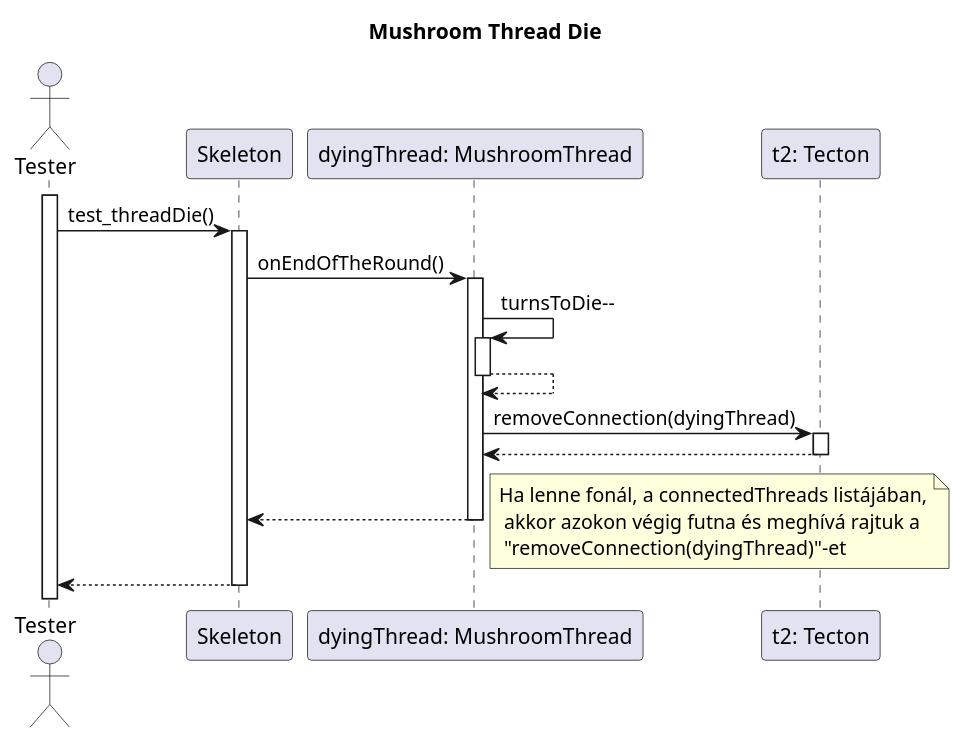
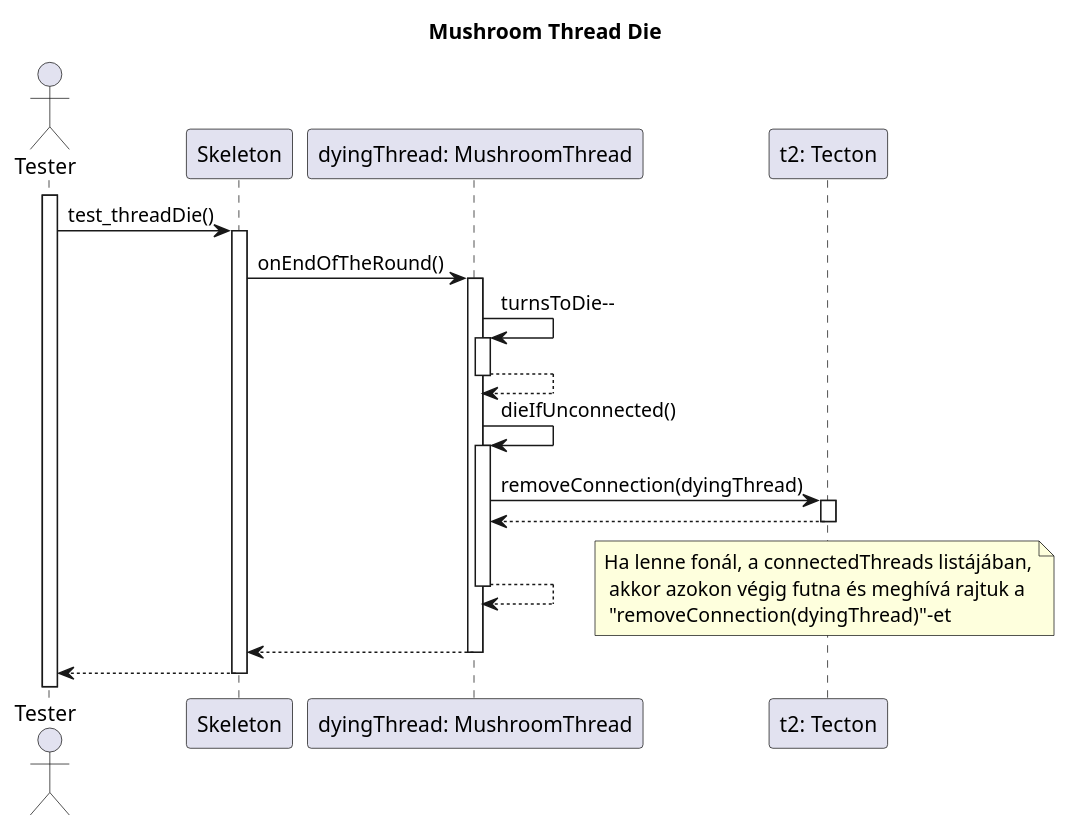
The diagram in diagrams/test-sequence/mushroom/mushroomThreadDie.wsd (dzsem/projlab), drawn with PlantUML before and after one commit.

Commit message:
Fixed mushroomThreadDie#2

```diff
--- a/diagrams/test-sequence/mushroom/mushroomThreadDie.wsd
+++ b/diagrams/test-sequence/mushroom/mushroomThreadDie.wsd
@@ -1,39 +1,43 @@
 @startuml Mushroom Thread Die
 
 title Mushroom Thread Die
 
 actor "Tester" as tester
 participant "Skeleton" as skeleton
 
 participant "dyingThread: MushroomThread" as dymt
 participant "t2: Tecton" as t2
 
 activate tester 
 
 tester -> skeleton: test_threadDie()
 activate skeleton
 
 skeleton -> dymt: onEndOfTheRound()
 activate dymt
 
 dymt -> dymt: turnsToDie--
 activate dymt
 dymt --> dymt
 deactivate dymt
 
+dymt -> dymt: dieIfUnconnected()
+activate dymt
 
 dymt -> t2: removeConnection(dyingThread)
 activate t2
 t2 --> dymt
 deactivate t2
 
+dymt --> dymt
+deactivate dymt
+note right: Ha lenne fonál, a connectedThreads listájában,\n akkor azokon végig futna és meghívá rajtuk a\n "removeConnection(dyingThread)"-et
 
 dymt --> skeleton
-note right: Ha lenne fonál, a connectedThreads listájában,\n akkor azokon végig futna és meghívá rajtuk a\n "removeConnection(dyingThread)"-et
 deactivate dymt
 
 skeleton --> tester
 deactivate skeleton
 
 
 @enduml
```
